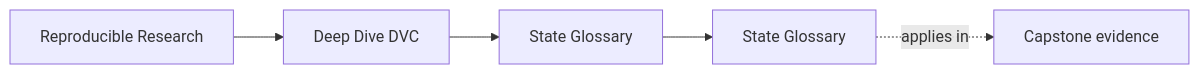
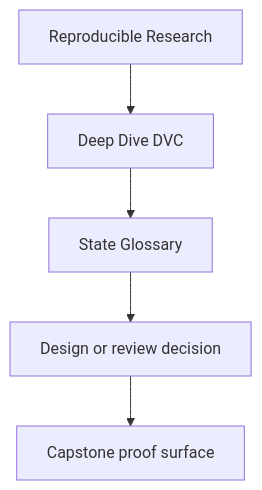
The first of 2 diagrams in programs/reproducible-research/deep-dive-dvc/course-book/reference/state-glossary.md (bijux/bijux-masterclass), drawn with Mermaid before and after one commit. The commit also changed other lines of this file and 31 other files, not shown here.

Commit message:
docs(deep-dive-dvc): sharpen guide and reference diagrams

````diff
--- a/programs/reproducible-research/deep-dive-dvc/course-book/reference/state-glossary.md
+++ b/programs/reproducible-research/deep-dive-dvc/course-book/reference/state-glossary.md
@@ -9,11 +9,7 @@
 ```mermaid
-graph LR
-  family["Reproducible Research"]
-  program["Deep Dive DVC"]
-  section["State Glossary"]
-  page["State Glossary"]
-  capstone["Capstone evidence"]
-
-  family --> program --> section --> page
-  page -.applies in.-> capstone
+flowchart TD
+  family["Reproducible Research"] --> program["Deep Dive DVC"]
+  program --> reference["State Glossary"]
+  reference --> review["Design or review decision"]
+  review --> capstone["Capstone proof surface"]
 ```
````
